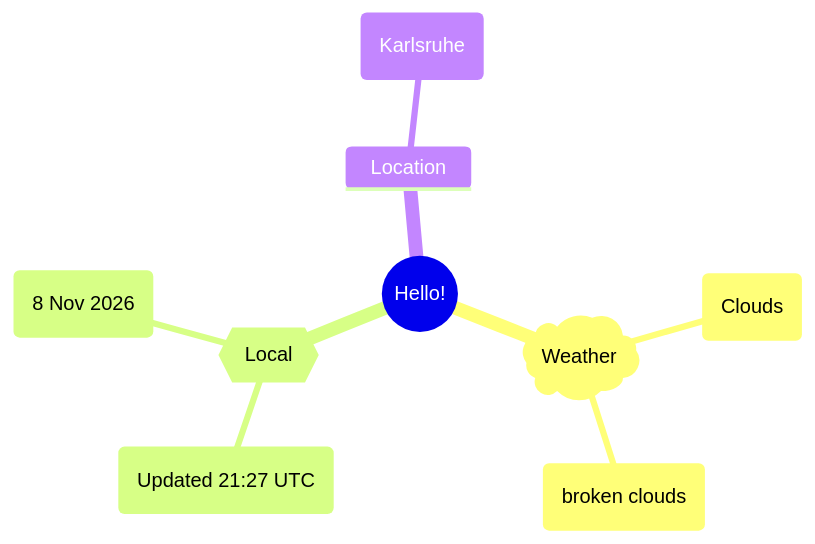
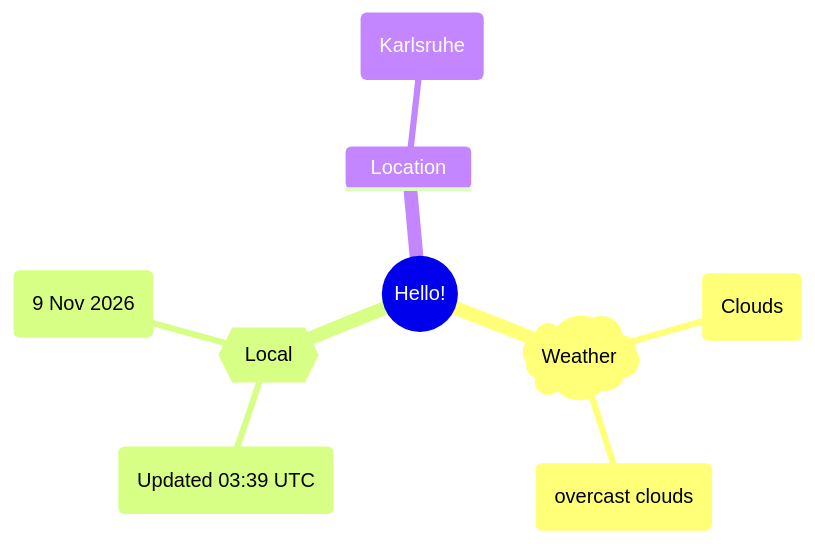
Before and after one commit to Xosrov/Xosrov: the first of 2 diagrams in README.md, drawn with Mermaid.

Commit message:
[bot] updated images

````diff
--- a/README.md
+++ b/README.md
@@ -3,12 +3,12 @@
 ```mermaid
 mindmap
   root((Hello!))
     )Weather(
         (Clouds)
-        (broken clouds)
+        (overcast clouds)
     {{Local}}
-        (Updated 21:27 UTC)
-        (8 Nov 2026)
+        (Updated 03:39 UTC)
+        (9 Nov 2026)
     Location
         (Karlsruhe)
 ```
````
